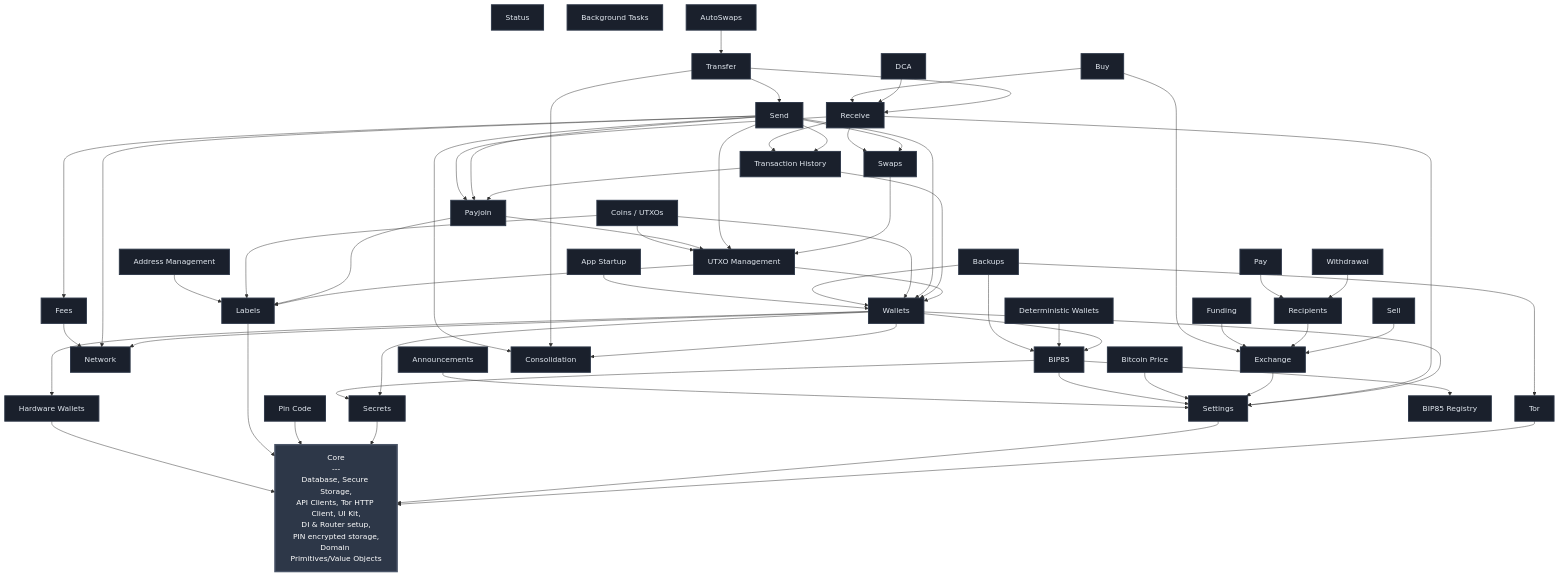
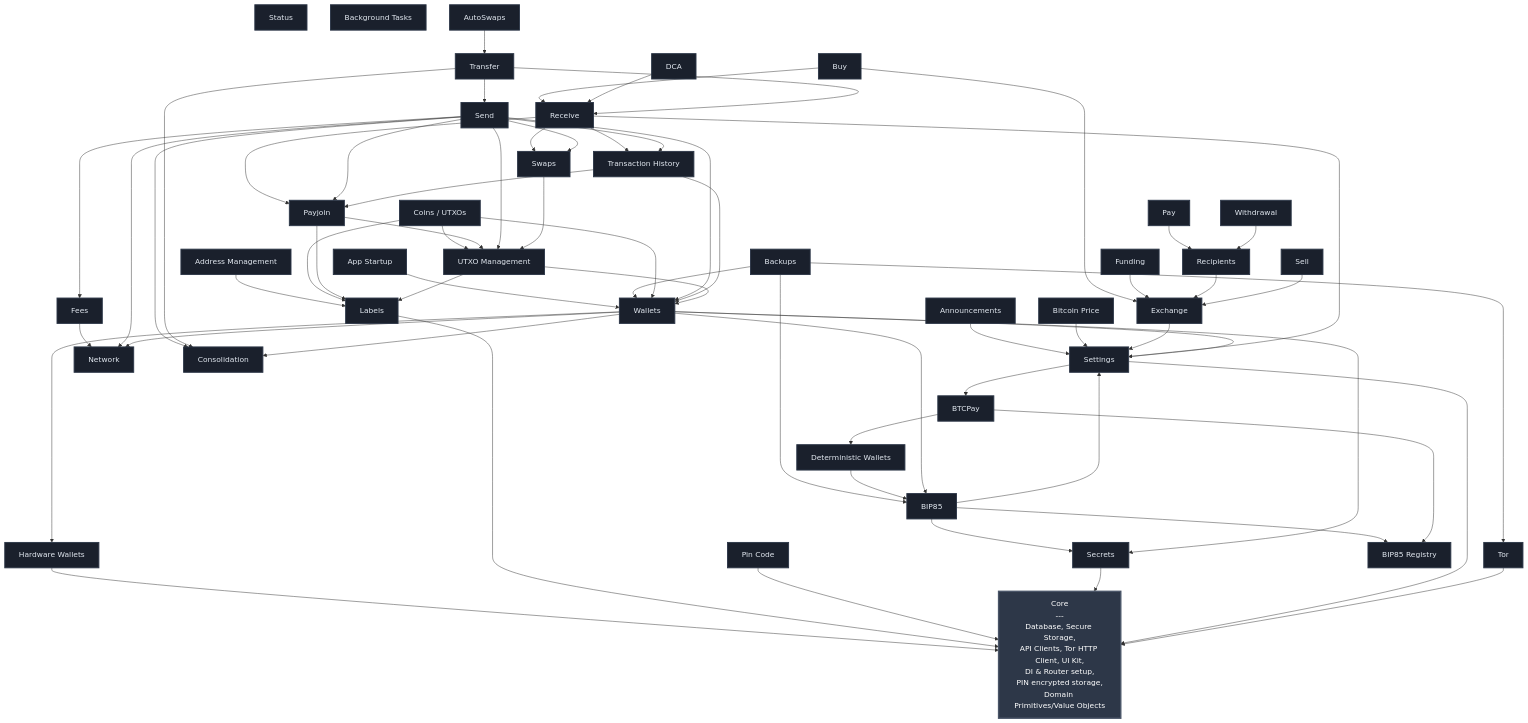
One commit to BullishNode/bullbitcoin-mobile changed the diagram in FEATURES.md. Above: the diagram before and after it, drawn with Mermaid. The commit also changed 27 other files, not shown here.

````diff
--- a/FEATURES.md
+++ b/FEATURES.md
@@ -19,6 +19,7 @@
     SECRETS[Secrets]
     HW_WALLETS[Hardware Wallets]
     BTC_PRICE[Bitcoin Price]
+    BTCPAY[BTCPay]
     NETWORK[Network]
     BIP85[BIP85]
     BIP85_REGISTRY[BIP85 Registry]
@@ -65,6 +66,8 @@
     BACKUPS --> TOR
     BACKUPS --> WALLETS
     BTC_PRICE --> SETTINGS
+    BTCPAY --> BIP85_REGISTRY
+    BTCPAY --> DETERMINISTIC_WALLETS
     BUY --> EXCHANGE
     BUY --> RECEIVE
     COINS --> UTXO_MGMT
@@ -96,6 +99,7 @@
     SEND --> TX_HISTORY
     SEND --> UTXO_MGMT
     SEND --> WALLETS
+    SETTINGS --> BTCPAY
     SETTINGS --> CORE
     SWAPS --> UTXO_MGMT
     TOR --> CORE
@@ -119,5 +123,5 @@
     classDef featureStyle fill:#1a202c,stroke:#2d3748,stroke-width:2px,color:#e2e8f0
 
     class CORE coreStyle
-    class SETTINGS,TOR,PIN_CODE,LABELS,SECRETS,HW_WALLETS,BTC_PRICE,NETWORK,BIP85,BIP85_REGISTRY,DETERMINISTIC_WALLETS,FEES,WALLETS,EXCHANGE,APP_STARTUP,UTXO_MGMT,ADDRESS_MGMT,RECIPIENTS,FUNDING,BACKUPS,SWAPS,PAYJOIN,WITHDRAWAL,STATUS,SEND,RECEIVE,TRANSFER,TX_HISTORY,BG_TASKS,AUTOSWAPS,DCA,SELL,PAY,BUY,COINS,ANNOUNCEMENTS,CONSOLIDATION featureStyle
+    class SETTINGS,TOR,PIN_CODE,LABELS,SECRETS,HW_WALLETS,BTC_PRICE,BTCPAY,NETWORK,BIP85,BIP85_REGISTRY,DETERMINISTIC_WALLETS,FEES,WALLETS,EXCHANGE,APP_STARTUP,UTXO_MGMT,ADDRESS_MGMT,RECIPIENTS,FUNDING,BACKUPS,SWAPS,PAYJOIN,WITHDRAWAL,STATUS,SEND,RECEIVE,TRANSFER,TX_HISTORY,BG_TASKS,AUTOSWAPS,DCA,SELL,PAY,BUY,COINS,ANNOUNCEMENTS,CONSOLIDATION featureStyle
 ```
````
